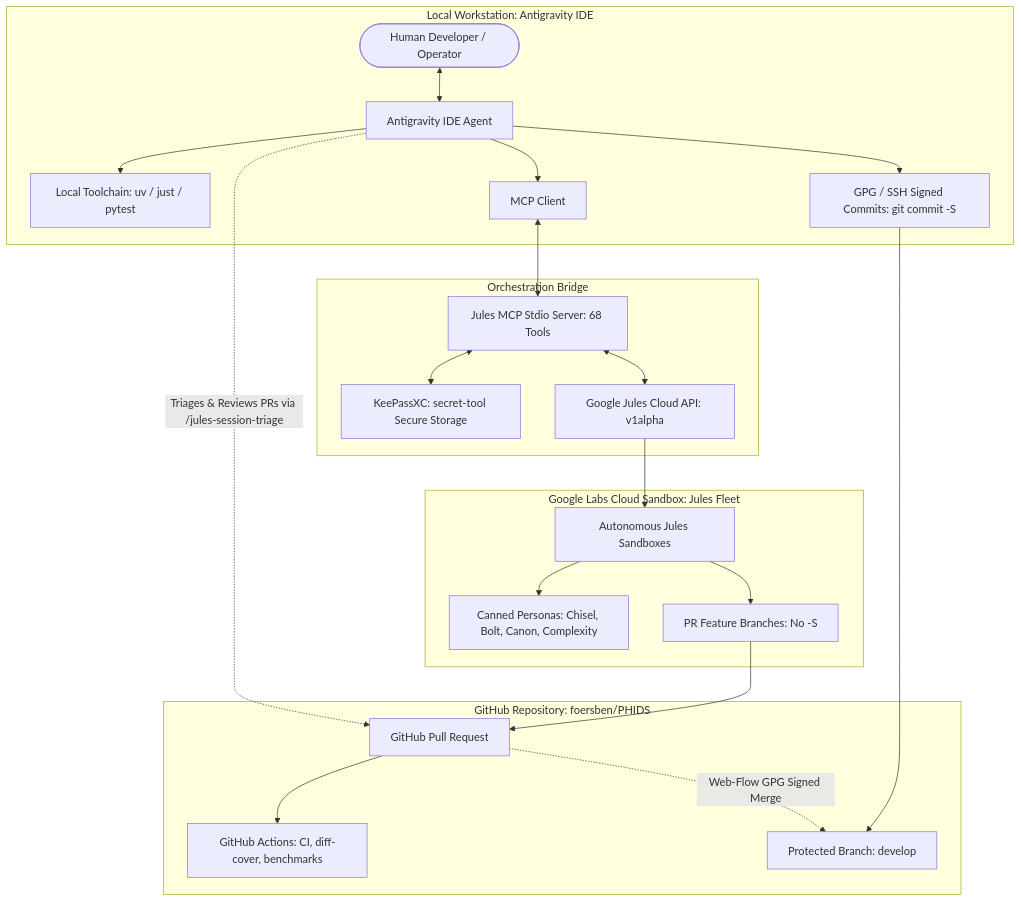
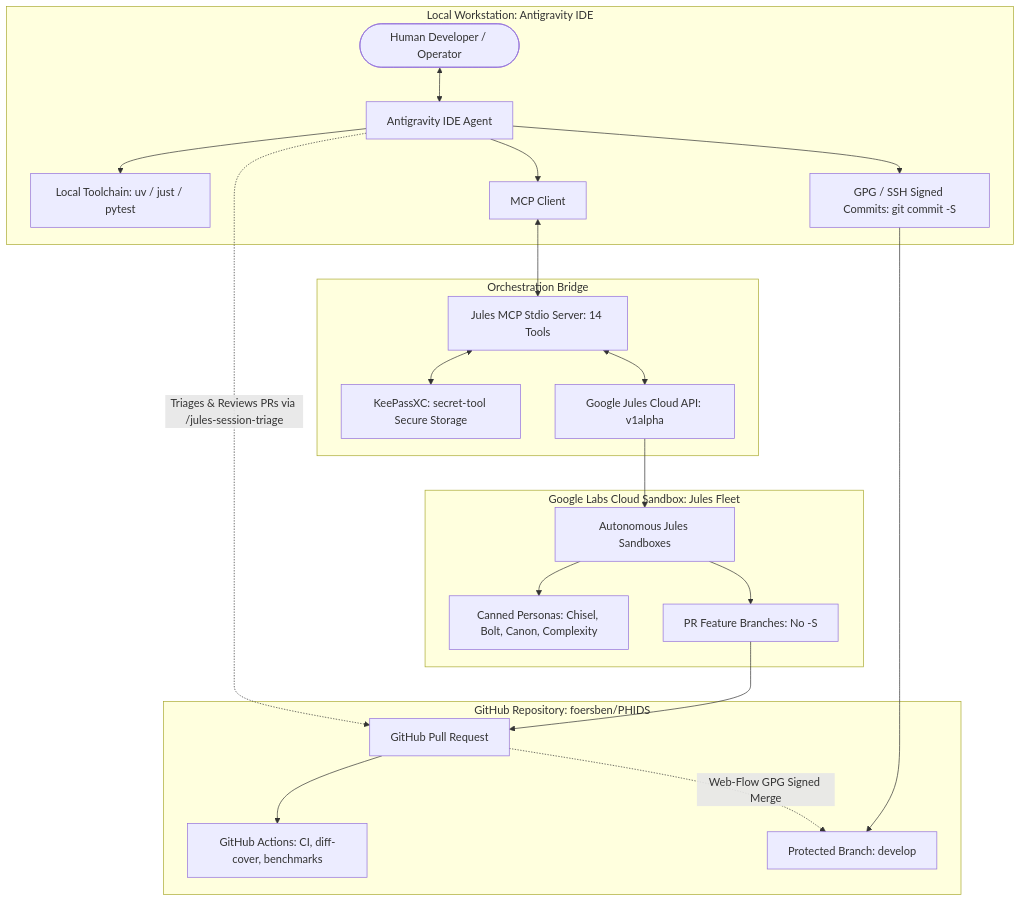
The first of 5 diagrams in .agents/README.md (foersben/PHIDS), drawn with Mermaid before and after one commit. The commit also changed other lines of this file and 8 other files, not shown here.

Commit message:
docs(skills): establish comprehensive skills catalog and fix frontmatter schemas

````diff
--- a/.agents/README.md
+++ b/.agents/README.md
@@ -36,30 +36,30 @@
 ```mermaid
 graph TD
     subgraph Local_Workstation [Local Workstation: Antigravity IDE]
         Human([Human Developer / Operator]) <--> AGY[Antigravity IDE Agent]
         AGY --> LocalTools[Local Toolchain: uv / just / pytest]
         AGY --> GPGSign[GPG / SSH Signed Commits: git commit -S]
         AGY --> MCPClient[MCP Client]
     end
 
     subgraph Orchestration_Layer [Orchestration Bridge]
-        MCPClient <--> JulesMCP[Jules MCP Stdio Server: 68 Tools]
+        MCPClient <--> JulesMCP[Jules MCP Stdio Server: 14 Tools]
         JulesMCP <--> KeePass[KeePassXC: secret-tool Secure Storage]
         JulesMCP <--> JulesAPI[Google Jules Cloud API: v1alpha]
     end
 
     subgraph Cloud_Sandbox [Google Labs Cloud Sandbox: Jules Fleet]
         JulesAPI --> JulesAgent[Autonomous Jules Sandboxes]
         JulesAgent --> CannedPrompts[Canned Personas: Chisel, Bolt, Canon, Complexity]
         JulesAgent --> UnsignedFeatureBranch[PR Feature Branches: No -S]
     end
 
     subgraph GitHub_Remote [GitHub Repository: foersben/PHIDS]
         UnsignedFeatureBranch --> PullRequest[GitHub Pull Request]
         PullRequest --> GHA[GitHub Actions: CI, diff-cover, benchmarks]
         GPGSign --> DevelopBranch[Protected Branch: develop]
         PullRequest -.->|Web-Flow GPG Signed Merge| DevelopBranch
     end
 
     AGY -.->|Triages & Reviews PRs via /jules-session-triage| PullRequest
 ```
````
